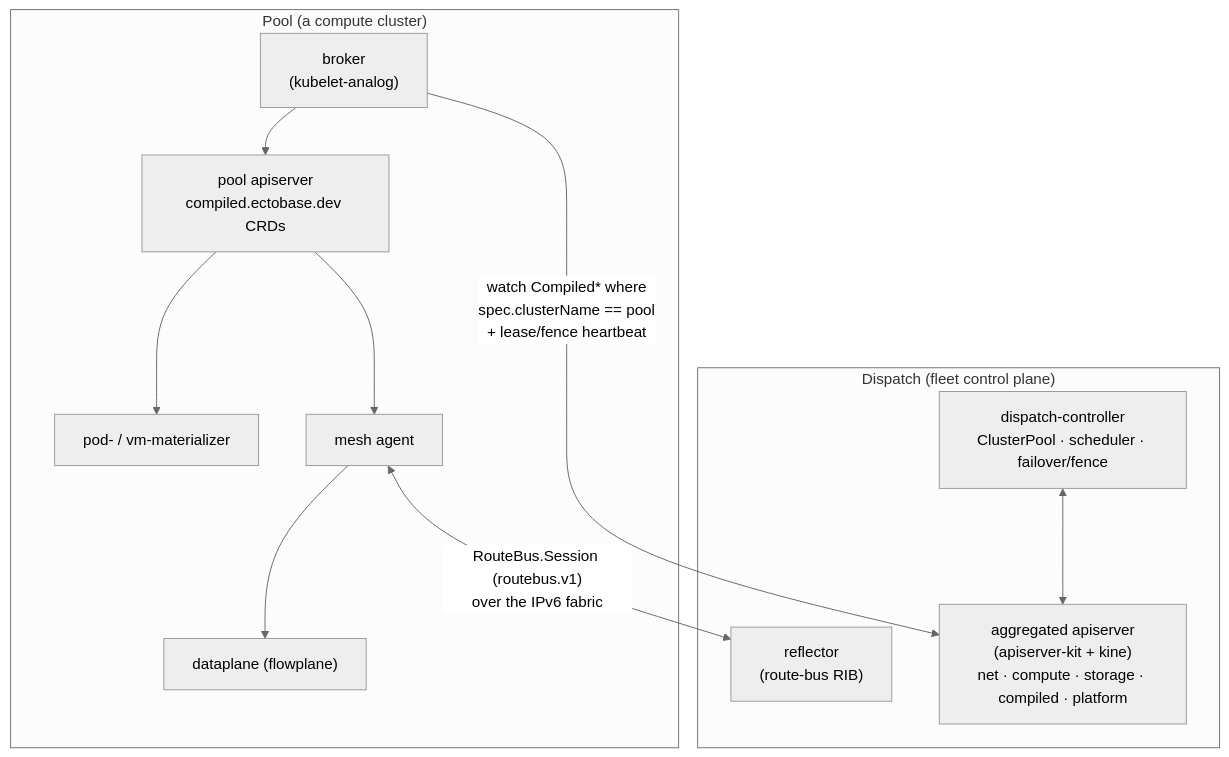
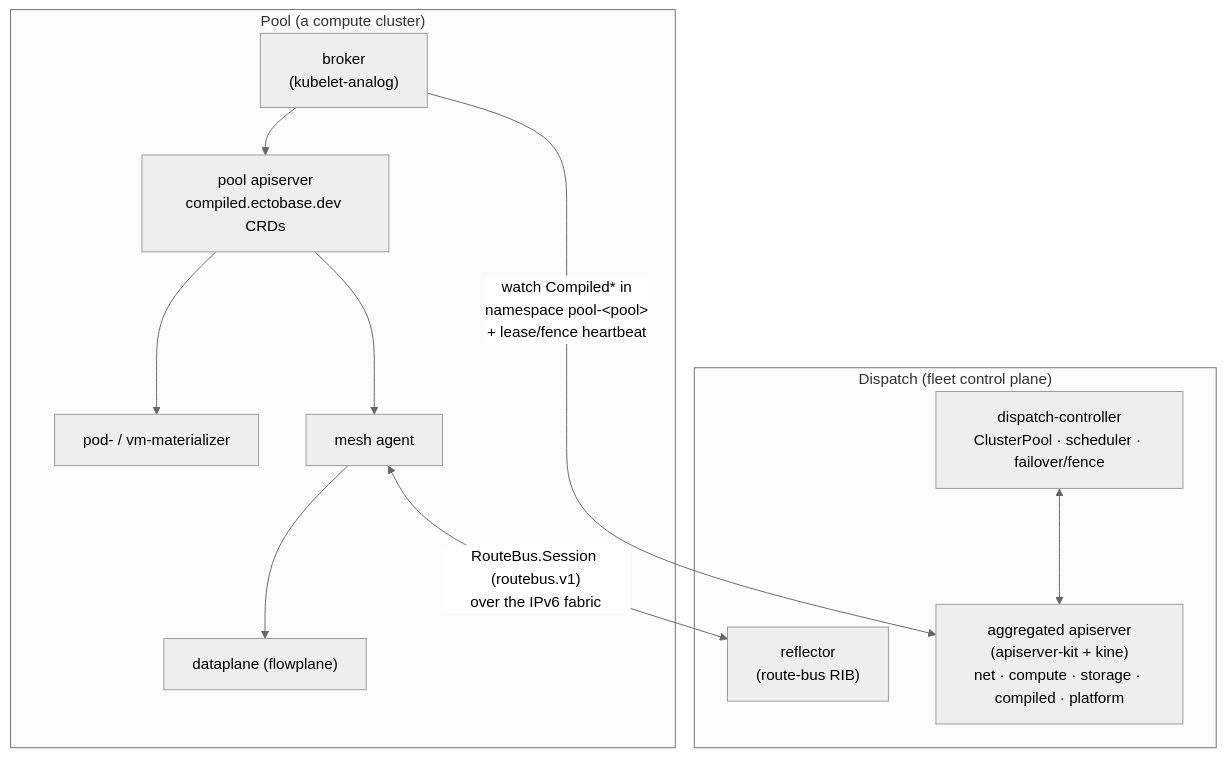
Before and after one commit to trevex/ectobase: the diagram in docs/architecture/multi-cluster-control-plane.md, drawn with Mermaid (neutral theme). The commit also changed other lines of this file and 29 other files, not shown here.

````diff
--- a/docs/architecture/multi-cluster-control-plane.md
+++ b/docs/architecture/multi-cluster-control-plane.md
@@ -198,24 +204,24 @@
 ```mermaid
 flowchart TB
     subgraph dispatch["Dispatch (fleet control plane)"]
         api["aggregated apiserver<br/>(apiserver-kit + kine)<br/>net · compute · storage · compiled · platform"]
         hc["dispatch-controller<br/>ClusterPool · scheduler · failover/fence"]
         rfl["reflector<br/>(route-bus RIB)"]
         hc <--> api
     end
 
     subgraph pool["Pool (a compute cluster)"]
         brk["broker<br/>(kubelet-analog)"]
         papi["pool apiserver<br/>compiled.ectobase.dev CRDs"]
         agent["mesh agent"]
         mat["pod- / vm-materializer"]
         dp["dataplane (flowplane)"]
         brk --> papi
         papi --> mat
         papi --> agent
         agent --> dp
     end
 
-    brk -->|"watch Compiled* where<br/>spec.clusterName == pool<br/>+ lease/fence heartbeat"| api
+    brk -->|"watch Compiled* in<br/>namespace pool-&lt;pool&gt;<br/>+ lease/fence heartbeat"| api
     agent <-->|"RouteBus.Session (routebus.v1)<br/>over the IPv6 fabric"| rfl
 ```
````
